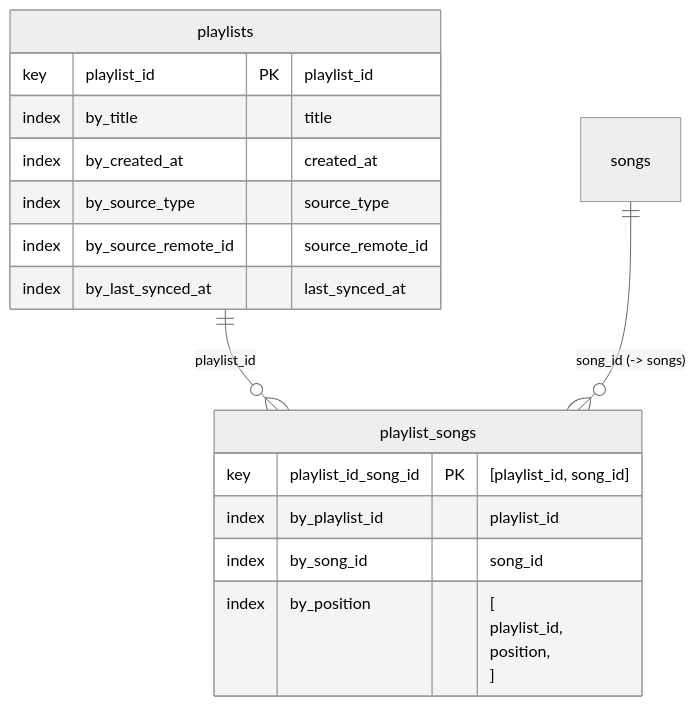
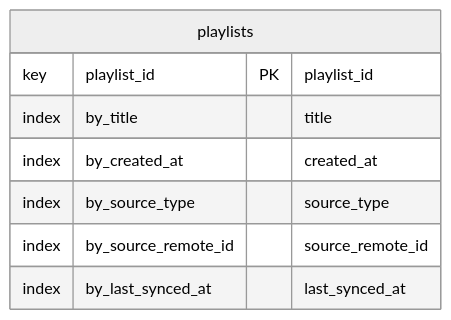
Before and after one commit to freqhole/tomb: diagram 19 of 22 in freqhole.net/src/content/docs/concepts/database.mdx, drawn with Mermaid (neutral theme). The commit also changed other lines of this file and 22 other files, not shown here.

````diff
--- a/freqhole.net/src/content/docs/concepts/database.mdx
+++ b/freqhole.net/src/content/docs/concepts/database.mdx
@@ -934,22 +1161,11 @@
 ```mermaid
 erDiagram
   playlists {
     key playlist_id PK "playlist_id"
     index by_title "title"
     index by_created_at "created_at"
     index by_source_type "source_type"
     index by_source_remote_id "source_remote_id"
     index by_last_synced_at "last_synced_at"
   }
-  playlist_songs {
-    key playlist_id_song_id PK "[playlist_id, song_id]"
-    index by_playlist_id "playlist_id"
-    index by_song_id "song_id"
-    index by_position "[
-          playlist_id,
-          position,
-        ]"
-  }
-  playlists ||--o{ playlist_songs : "playlist_id"
-  songs ||--o{ playlist_songs : "song_id (-> songs)"
 ```
````
